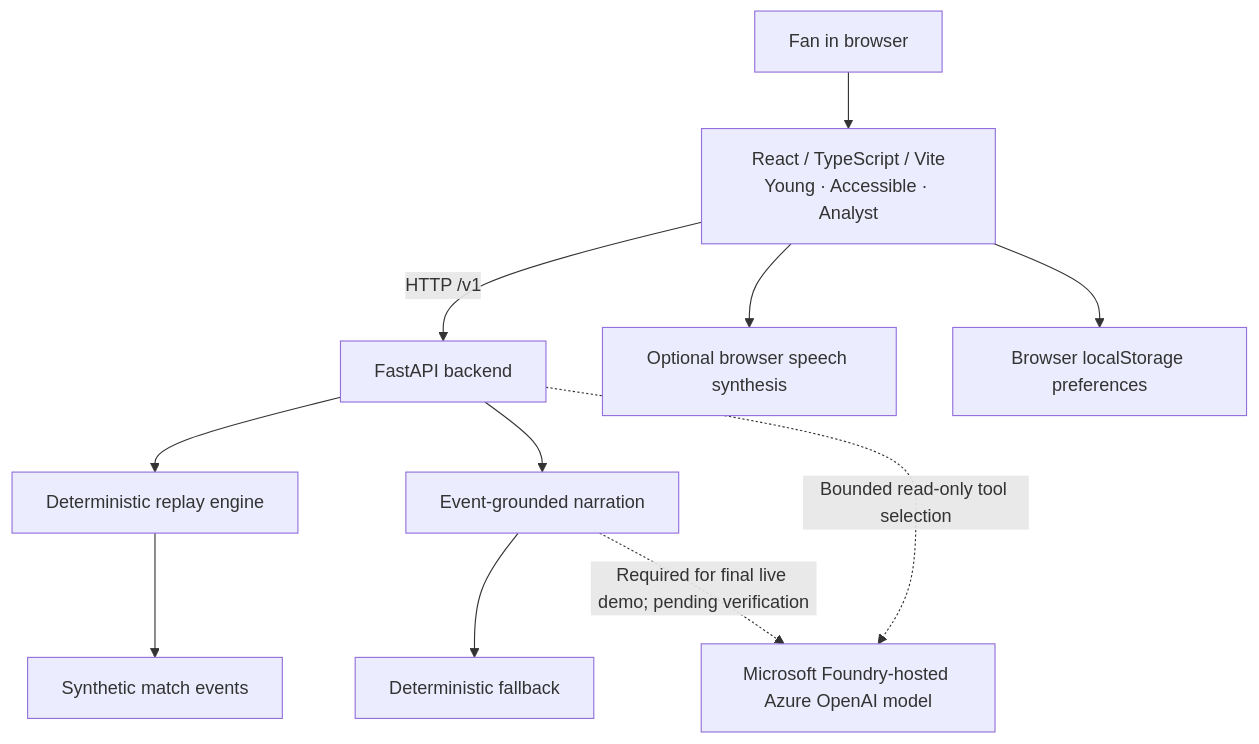
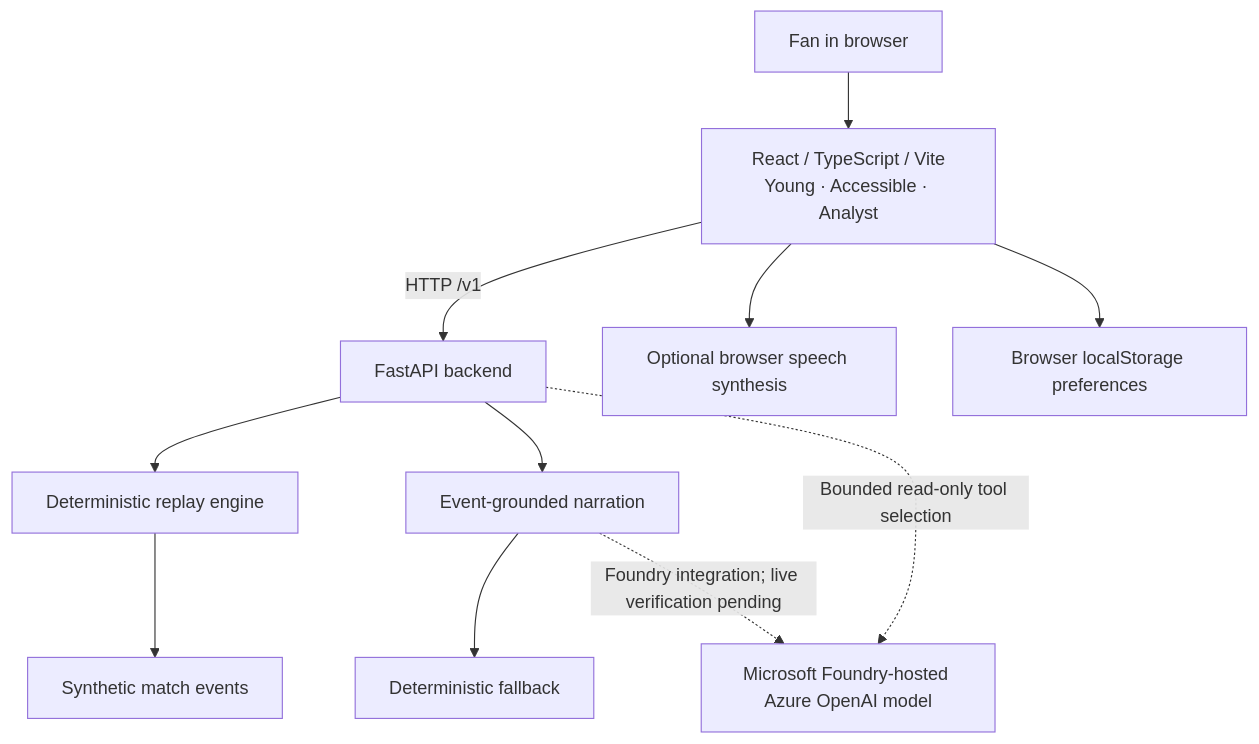
The diagram in README.md (Hapinam/vybe-ai), drawn with Mermaid before and after one commit. The commit also changed other lines of this file, not shown here.

Commit message:
Add live VYBE URL and clarify Foundry verification status in README

````diff
--- a/README.md
+++ b/README.md
@@ -50,13 +50,13 @@
 ```mermaid
 flowchart TD
     FAN["Fan in browser"] --> WEB["React / TypeScript / Vite\nYoung · Accessible · Analyst"]
     WEB -->|"HTTP /v1"| API["FastAPI backend"]
     WEB --> SPEECH["Optional browser speech synthesis"]
     WEB --> PREFS["Browser localStorage preferences"]
     API --> ENGINE["Deterministic replay engine"]
     ENGINE --> EVENTS["Synthetic match events"]
     API --> NARR["Event-grounded narration"]
     NARR --> FALLBACK["Deterministic fallback"]
-    NARR -. "Required for final live demo; pending verification" .-> AZURE["Microsoft Foundry-hosted Azure OpenAI model"]
+    NARR -. "Foundry integration; live verification pending" .-> AZURE["Microsoft Foundry-hosted Azure OpenAI model"]
     API -. "Bounded read-only tool selection" .-> AZURE
 ```
````
